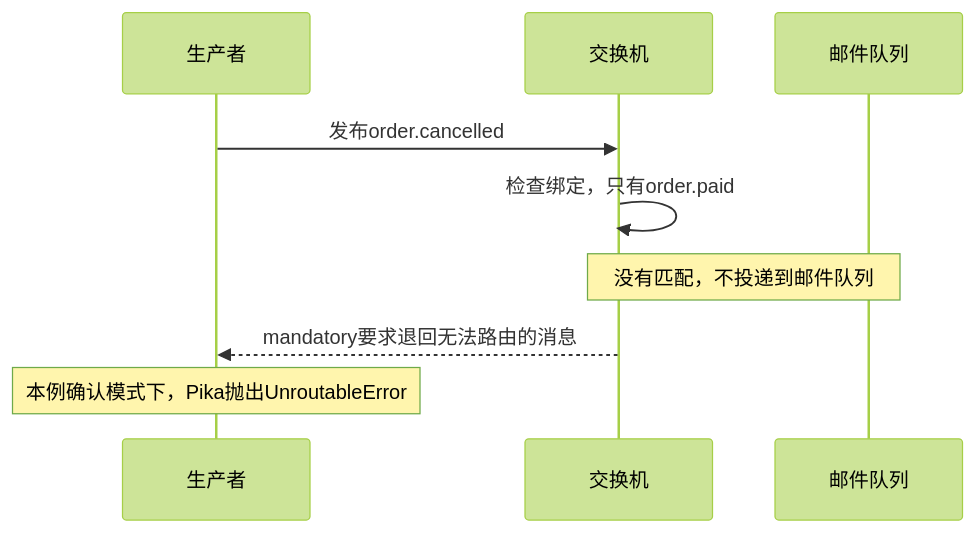
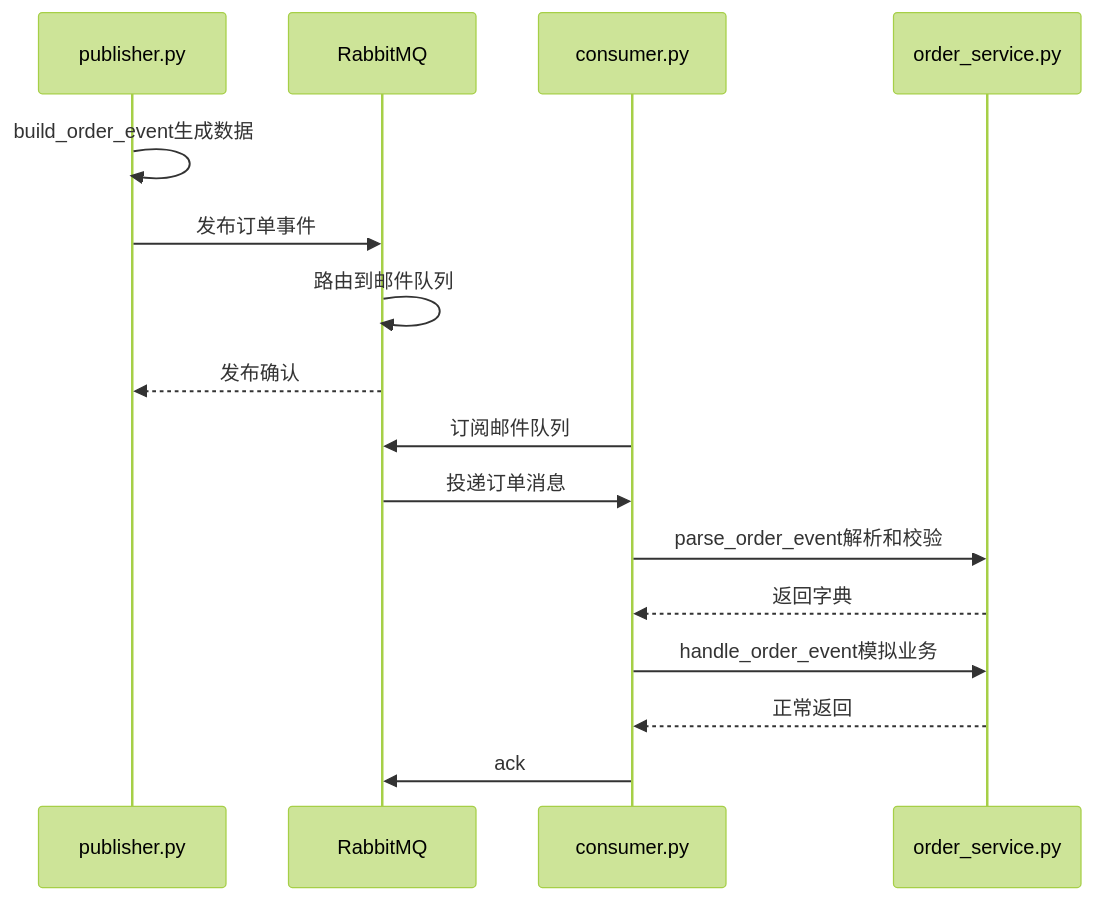
One commit to tianshiyang/ai-lab changed the sixth of 13 diagrams in rabbitMQ学习/README.md. Above: the diagram before and after it, drawn with Mermaid (forest theme). The commit also changed other lines of this file and 2 other files, not shown here.

Commit message:
refactor(rabbitMQ学习): 移除集中资源常量，名称内联到调用处

````diff
--- a/rabbitMQ学习/README.md
+++ b/rabbitMQ学习/README.md
@@ -564,11 +556,18 @@
 ```mermaid
 sequenceDiagram
-    participant P as 生产者
-    participant E as 交换机
-    participant Q as 邮件队列
-    P->>E: 发布order.cancelled
-    E->>E: 检查绑定，只有order.paid
-    Note over E,Q: 没有匹配，不投递到邮件队列
-    E-->>P: mandatory要求退回无法路由的消息
-    Note over P: 本例确认模式下，Pika抛出UnroutableError
+    participant P as publisher.py
+    participant R as RabbitMQ
+    participant C as consumer.py
+    participant S as order_service.py
+    P->>P: build_order_event生成数据
+    P->>R: 发布订单事件
+    R->>R: 路由到邮件队列
+    R-->>P: 发布确认
+    C->>R: 订阅邮件队列
+    R->>C: 投递订单消息
+    C->>S: parse_order_event解析和校验
+    S-->>C: 返回字典
+    C->>S: handle_order_event模拟业务
+    S-->>C: 正常返回
+    C->>R: ack
 ```
````
